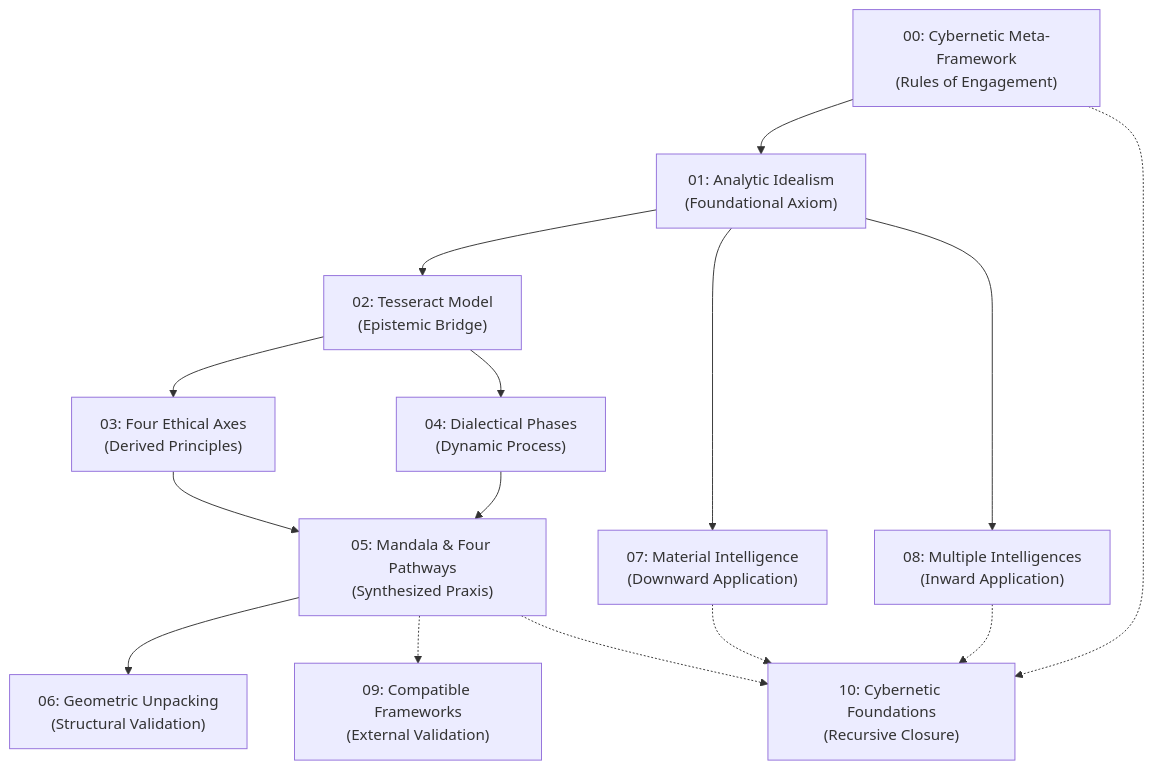
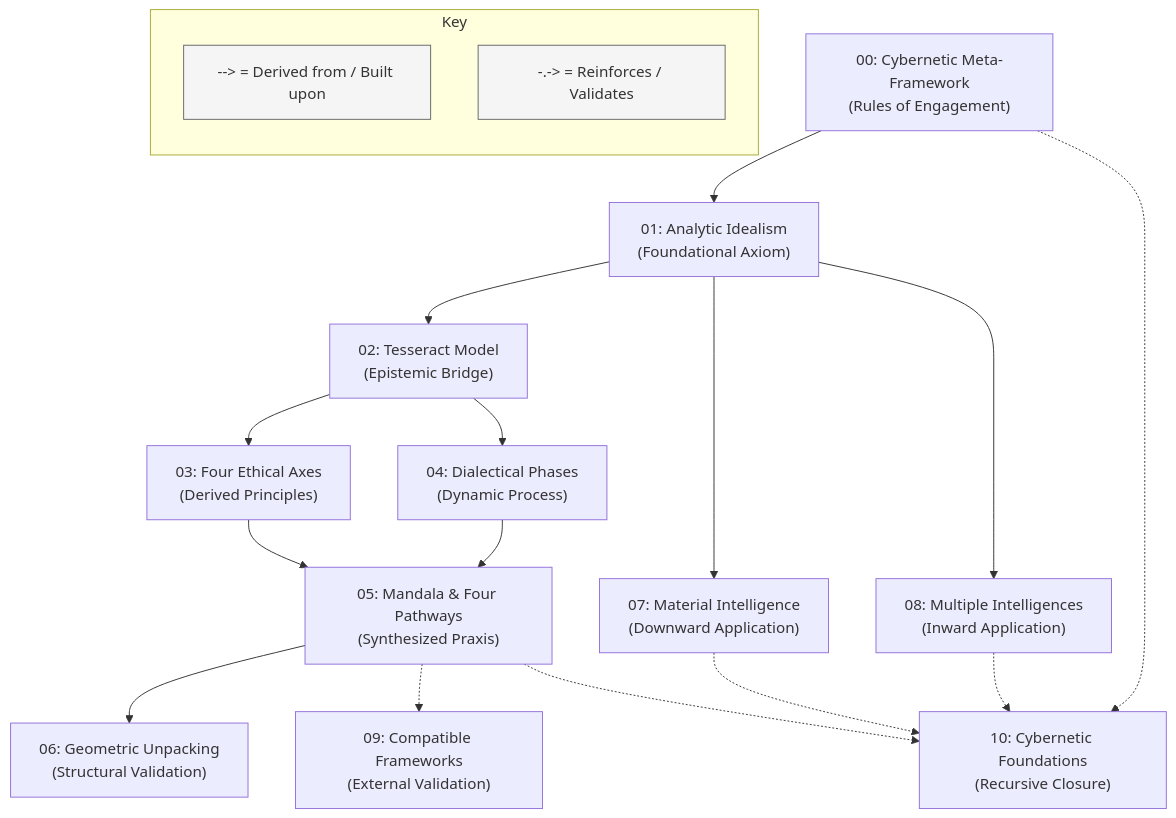
Before and after one commit to ravaioli/solarpunk-mandala: the diagram in docs/core-model/index.md, drawn with Mermaid. The commit also changed other lines of this file, not shown here.

````diff
--- a/docs/core-model/index.md
+++ b/docs/core-model/index.md
@@ -42,21 +42,30 @@
 ```mermaid
 graph TD
     A["00: Cybernetic Meta-Framework<br>(Rules of Engagement)"] --> B
     B["01: Analytic Idealism<br>(Foundational Axiom)"] --> C
     C["02: Tesseract Model<br>(Epistemic Bridge)"] --> D
     C --> E
     D["03: Four Ethical Axes<br>(Derived Principles)"] --> F
     E["04: Dialectical Phases<br>(Dynamic Process)"] --> F
     F["05: Mandala & Four Pathways<br>(Synthesized Praxis)"] --> G
     G["06: Geometric Unpacking<br>(Structural Validation)"]
     
     B --> H["07: Material Intelligence<br>(Downward Application)"]
     B --> I["08: Multiple Intelligences<br>(Inward Application)"]
     
     F -.-> J["09: Compatible Frameworks<br>(External Validation)"]
     
     A -.-> K["10: Cybernetic Foundations<br>(Recursive Closure)"]
     F -.-> K
     H -.-> K
     I -.-> K
+
+    %% SIMPLE LEGEND
+    subgraph Legend [Key]
+        direction TB
+        L1["--> = Derived from / Built upon"]
+        L2["-.-> = Reinforces / Validates"]
+        style L1 fill:#f5f5f5,stroke:#666
+        style L2 fill:#f5f5f5,stroke:#666
+    end
 ```
````
